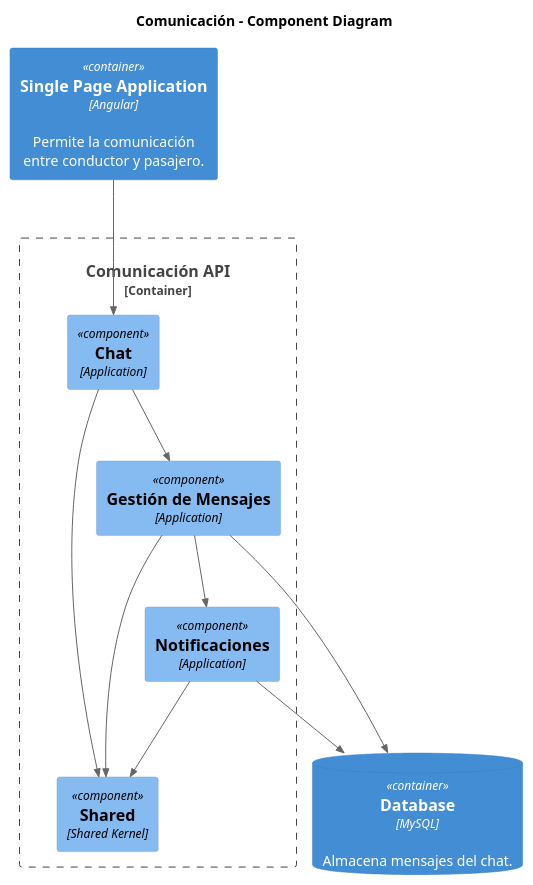
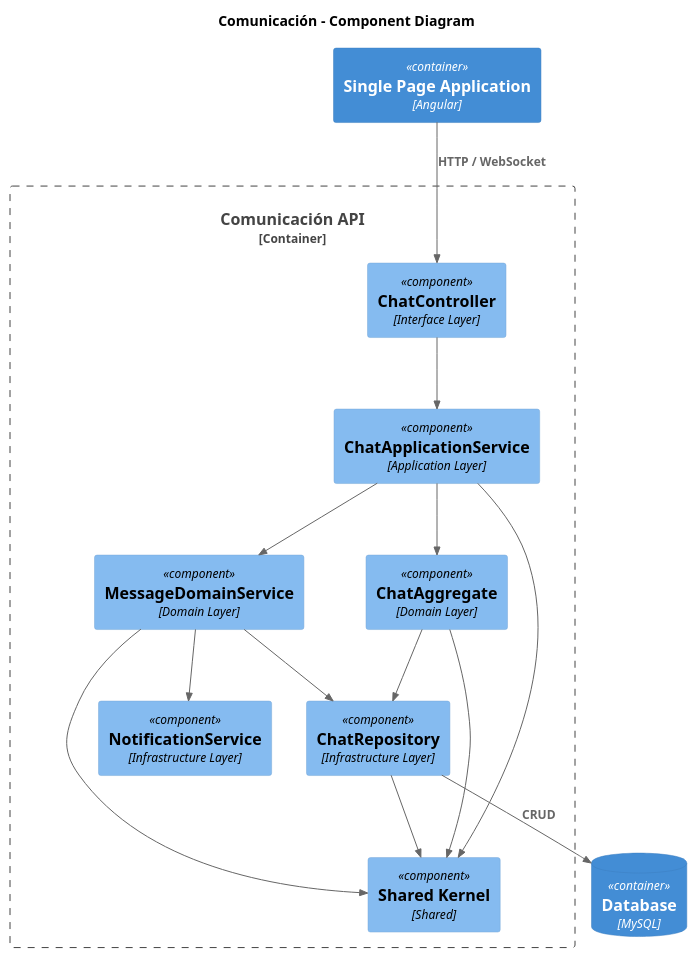
The diagram in C4/C4_Boundex_Nivel3/Comunicacion.puml (Angel-J11/UML-PROYECTO), drawn with PlantUML before and after one commit. The commit also changed 4 other files, not shown here.

```diff
--- a/C4/C4_Boundex_Nivel3/Comunicacion.puml
+++ b/C4/C4_Boundex_Nivel3/Comunicacion.puml
@@ -1,29 +1,40 @@
 @startuml "Comunicación - Components"
 !includeurl https://raw.githubusercontent.com/plantuml-stdlib/C4-PlantUML/master/C4_Component.puml
 
 title Comunicación - Component Diagram
 
-Container(spa, "Single Page Application", "Angular", "Permite la comunicación entre conductor y pasajero.")
-ContainerDb(db, "Database", "MySQL", "Almacena mensajes del chat.")
+Container(spa, "Single Page Application", "Angular")
+ContainerDb(db, "Database", "MySQL")
 
 Container_Boundary(api, "Comunicación API") {
 
-    Component(chat, "Chat", "Application")
-    Component(messages, "Gestión de Mensajes", "Application")
-    Component(notifications, "Notificaciones", "Application")
-    Component(shared, "Shared", "Shared Kernel")
+    Component(chatController, "ChatController", "Interface Layer")
+    Component(chatApplicationService, "ChatApplicationService", "Application Layer")
+    Component(chatAggregate, "ChatAggregate", "Domain Layer")
+    Component(messageDomainService, "MessageDomainService", "Domain Layer")
+    Component(chatRepository, "ChatRepository", "Infrastructure Layer")
+    Component(notificationService, "NotificationService", "Infrastructure Layer")
+    Component(sharedKernel, "Shared Kernel", "Shared")
 
 }
 
-Rel(spa, chat, "")
-Rel(chat, messages, "")
-Rel(messages, notifications, "")
+Rel(spa, chatController, "HTTP / WebSocket")
 
-Rel(chat, shared, "")
-Rel(messages, shared, "")
-Rel(notifications, shared, "")
+Rel(chatController, chatApplicationService, "")
 
-Rel(messages, db, "")
-Rel(notifications, db, "")
+Rel(chatApplicationService, chatAggregate, "")
+Rel(chatApplicationService, messageDomainService, "")
+
+Rel(chatAggregate, chatRepository, "")
+Rel(messageDomainService, chatRepository, "")
+
+Rel(messageDomainService, notificationService, "")
+
+Rel(chatRepository, db, "CRUD")
+
+Rel(chatApplicationService, sharedKernel, "")
+Rel(chatAggregate, sharedKernel, "")
+Rel(messageDomainService, sharedKernel, "")
+Rel(chatRepository, sharedKernel, "")
 
 @enduml
```
